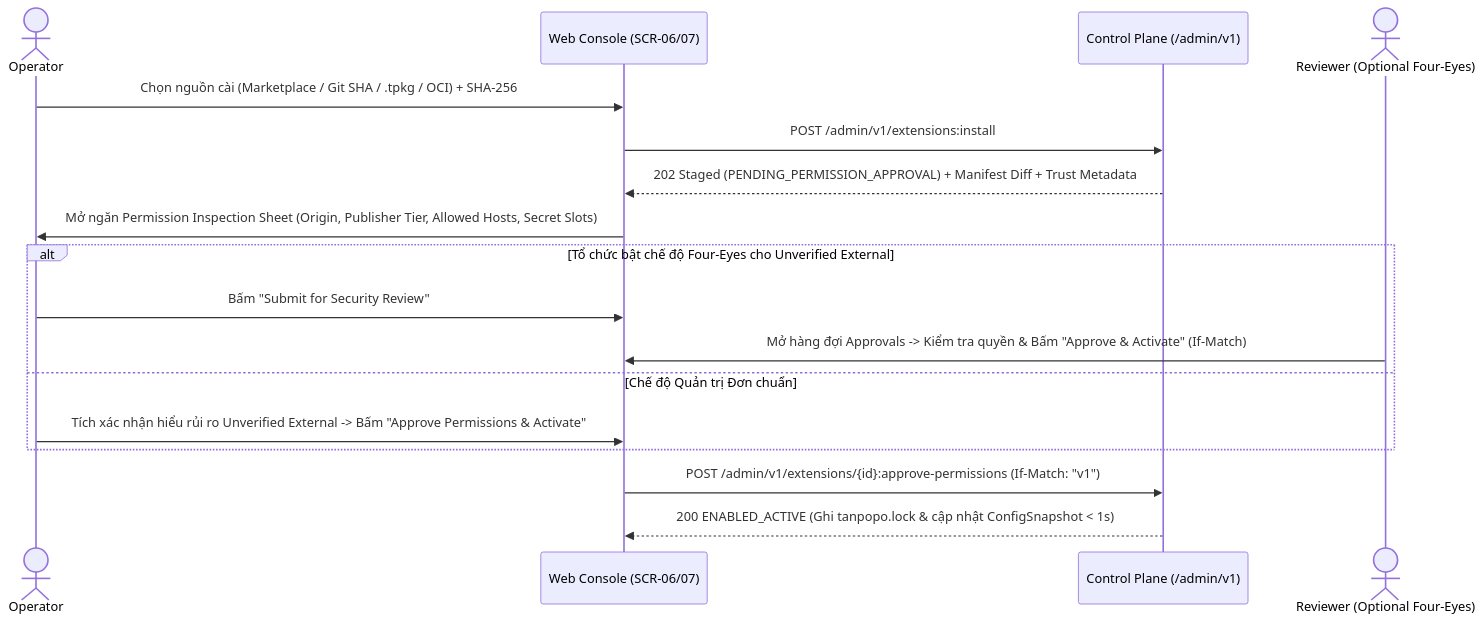
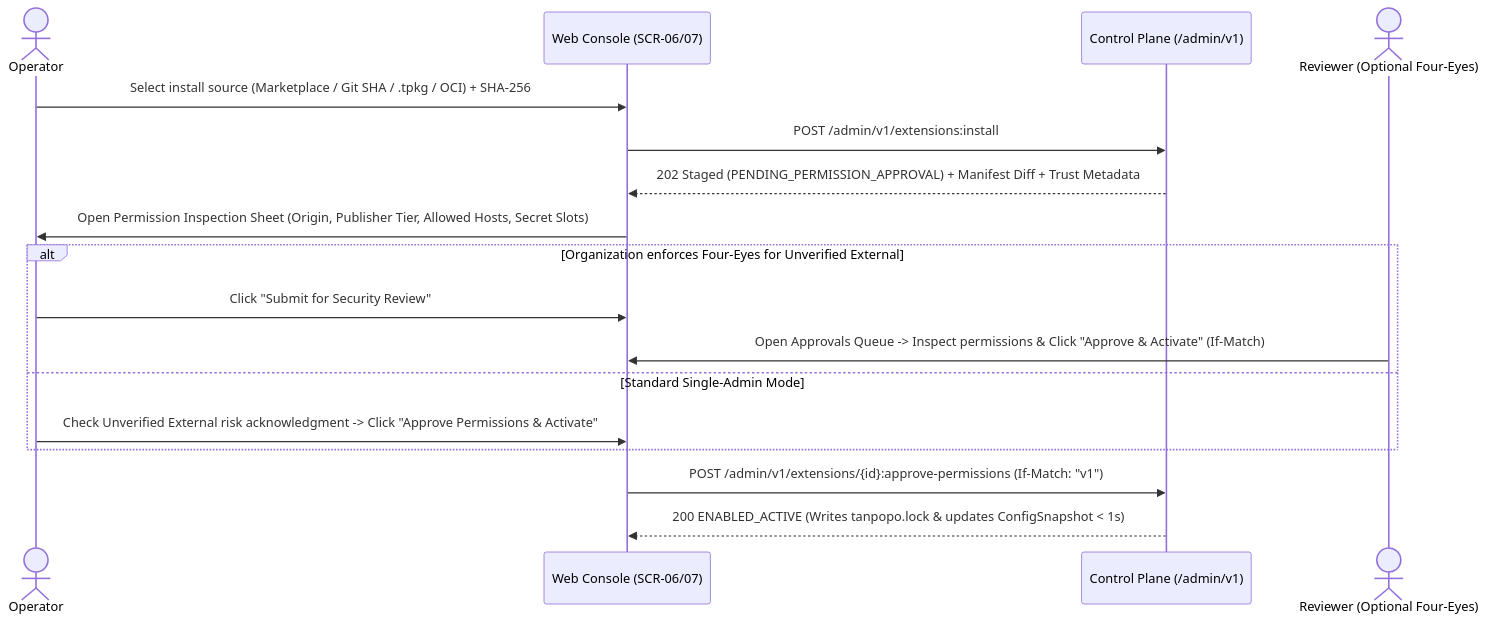
The second of 3 diagrams in docs/ux/user-flows.md (nguywnben/tanpopo), drawn with Mermaid before and after one commit. The commit also changed other lines of this file and 111 other files, not shown here.

````diff
--- a/docs/ux/user-flows.md
+++ b/docs/ux/user-flows.md
@@ -46,20 +46,20 @@
 ```mermaid
 sequenceDiagram
     actor Op as Operator
     participant UI as Web Console (SCR-06/07)
     participant API as Control Plane (/admin/v1)
     actor Rev as Reviewer (Optional Four-Eyes)
 
-    Op->>UI: Chọn nguồn cài (Marketplace / Git SHA / .tpkg / OCI) + SHA-256
+    Op->>UI: Select install source (Marketplace / Git SHA / .tpkg / OCI) + SHA-256
     UI->>API: POST /admin/v1/extensions:install
     API-->>UI: 202 Staged (PENDING_PERMISSION_APPROVAL) + Manifest Diff + Trust Metadata
-    UI->>Op: Mở ngăn Permission Inspection Sheet (Origin, Publisher Tier, Allowed Hosts, Secret Slots)
-    alt Tổ chức bật chế độ Four-Eyes cho Unverified External
-        Op->>UI: Bấm "Submit for Security Review"
-        Rev->>UI: Mở hàng đợi Approvals -> Kiểm tra quyền & Bấm "Approve & Activate" (If-Match)
-    else Chế độ Quản trị Đơn chuẩn
-        Op->>UI: Tích xác nhận hiểu rủi ro Unverified External -> Bấm "Approve Permissions & Activate"
+    UI->>Op: Open Permission Inspection Sheet (Origin, Publisher Tier, Allowed Hosts, Secret Slots)
+    alt Organization enforces Four-Eyes for Unverified External
+        Op->>UI: Click "Submit for Security Review"
+        Rev->>UI: Open Approvals Queue -> Inspect permissions & Click "Approve & Activate" (If-Match)
+    else Standard Single-Admin Mode
+        Op->>UI: Check Unverified External risk acknowledgment -> Click "Approve Permissions & Activate"
     end
     UI->>API: POST /admin/v1/extensions/{id}:approve-permissions (If-Match: "v1")
-    API-->>UI: 200 ENABLED_ACTIVE (Ghi tanpopo.lock & cập nhật ConfigSnapshot < 1s)
+    API-->>UI: 200 ENABLED_ACTIVE (Writes tanpopo.lock & updates ConfigSnapshot < 1s)
 ```
````
